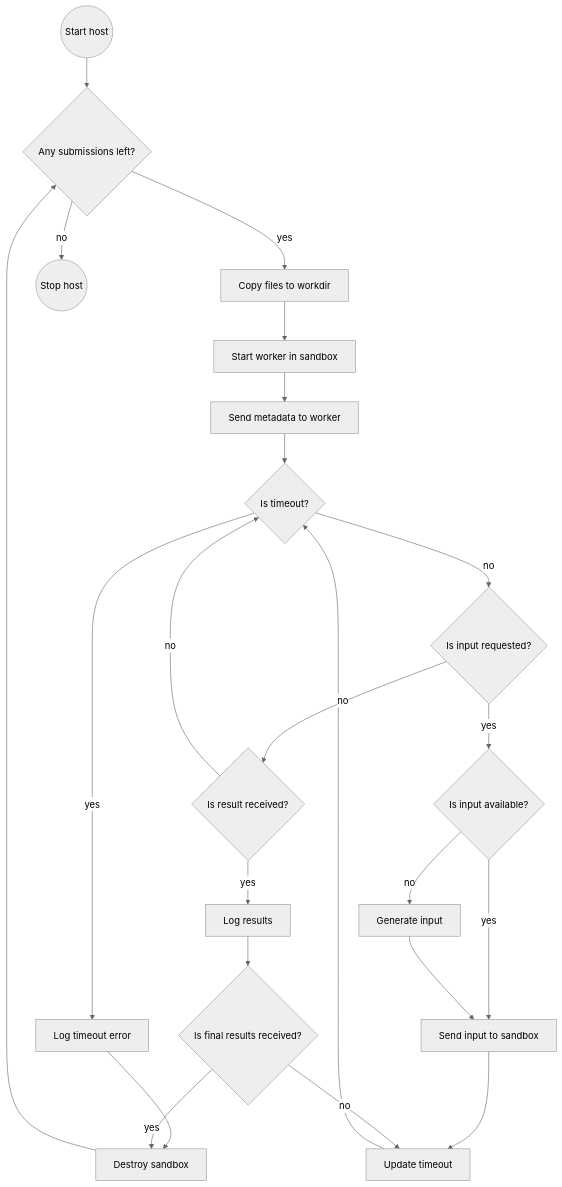
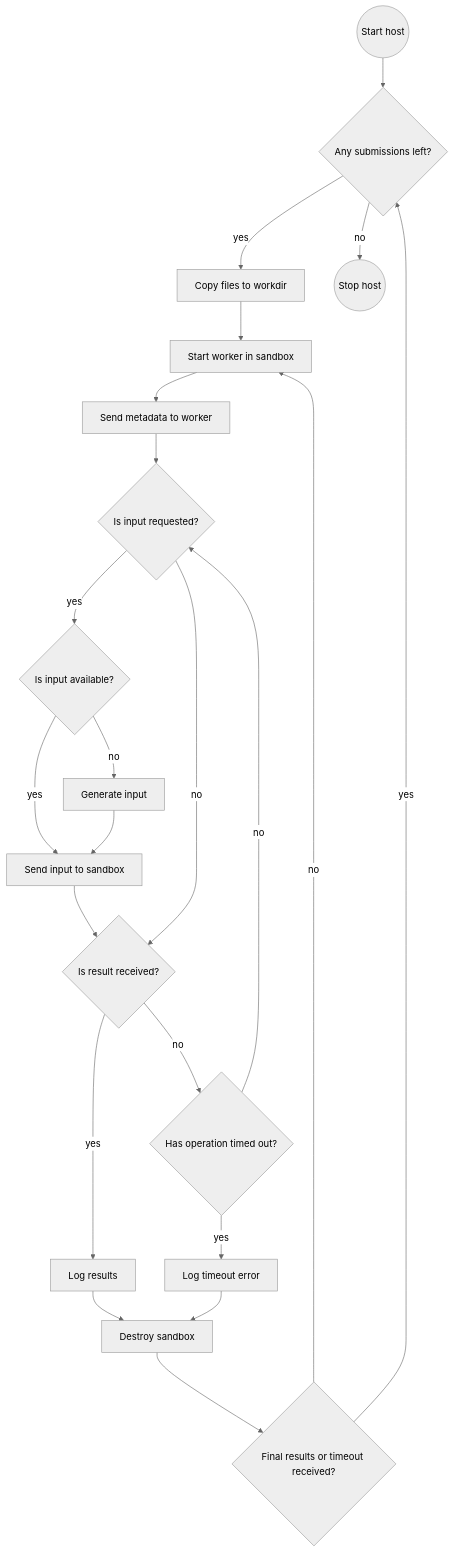
One commit to sanraith/evocontest changed the fifth of 6 diagrams in docs/architecture.md. Above: the diagram before and after it, drawn with Mermaid (neutral theme). The commit also changed other lines of this file and 3 other files, not shown here.

````diff
--- a/docs/architecture.md
+++ b/docs/architecture.md
@@ -119,26 +119,25 @@
 ```mermaid
 graph TD
 
 start((Start host)) --> anySubLeft{Any submissions left?}
 	anySubLeft -->|yes| copyWD[Copy files to workdir]
 		copyWD --> createSandbox[Start worker in sandbox]
 		createSandbox --> sendSubData[Send metadata to worker]
-		sendSubData --> isTimeout{Is timeout?}
-			isTimeout -->|yes| errTimeout[Log timeout error]
-				errTimeout --> destroySandbox[Destroy sandbox]
-				destroySandbox --> anySubLeft
-			isTimeout -->|no| isInputRequested{Is input requested?}
-				isInputRequested -->|yes| isInputAvailable{Is input available?}
-					isInputAvailable -->|yes| sendInput[Send input to sandbox]
-					isInputAvailable -->|no| generateInput[Generate input]
-						generateInput --> sendInput
-				sendInput --> updateTimeout[Update timeout]
-				updateTimeout --> isTimeout
-				isInputRequested -->|no| isResultReceived{Is result received?}
-					isResultReceived -->|yes| logResults[Log results]
-						logResults --> isFinalResults{Is final results received?}
-							isFinalResults -->|yes| destroySandbox
-							isFinalResults -->|no| updateTimeout
-					isResultReceived -->|no| isTimeout
+		sendSubData --> isInputRequested{Is input requested?}
+			isInputRequested -->|yes| isInputAvailable{Is input available?}
+				isInputAvailable -->|yes| sendInput[Send input to sandbox]
+				isInputAvailable -->|no| generateInput[Generate input]
+					generateInput --> sendInput
+					sendInput --> isResultReceived
+			isInputRequested -->|no| isResultReceived{Is result received?}
+				isResultReceived -->|yes| logResults[Log results]
+					logResults --> destroySandbox
+				isResultReceived -->|no| isTimeout{Has operation timed out?}
+					isTimeout -->|yes| errTimeout[Log timeout error]
+						errTimeout --> destroySandbox[Destroy sandbox]
+						destroySandbox --> isFinalResults{Final results or timeout received?}
+							isFinalResults -->|yes| anySubLeft
+							isFinalResults -->|no| createSandbox
+					isTimeout -->|no| isInputRequested{Is input requested?}
 	anySubLeft -->|no| stop((Stop host))
 ```
````
